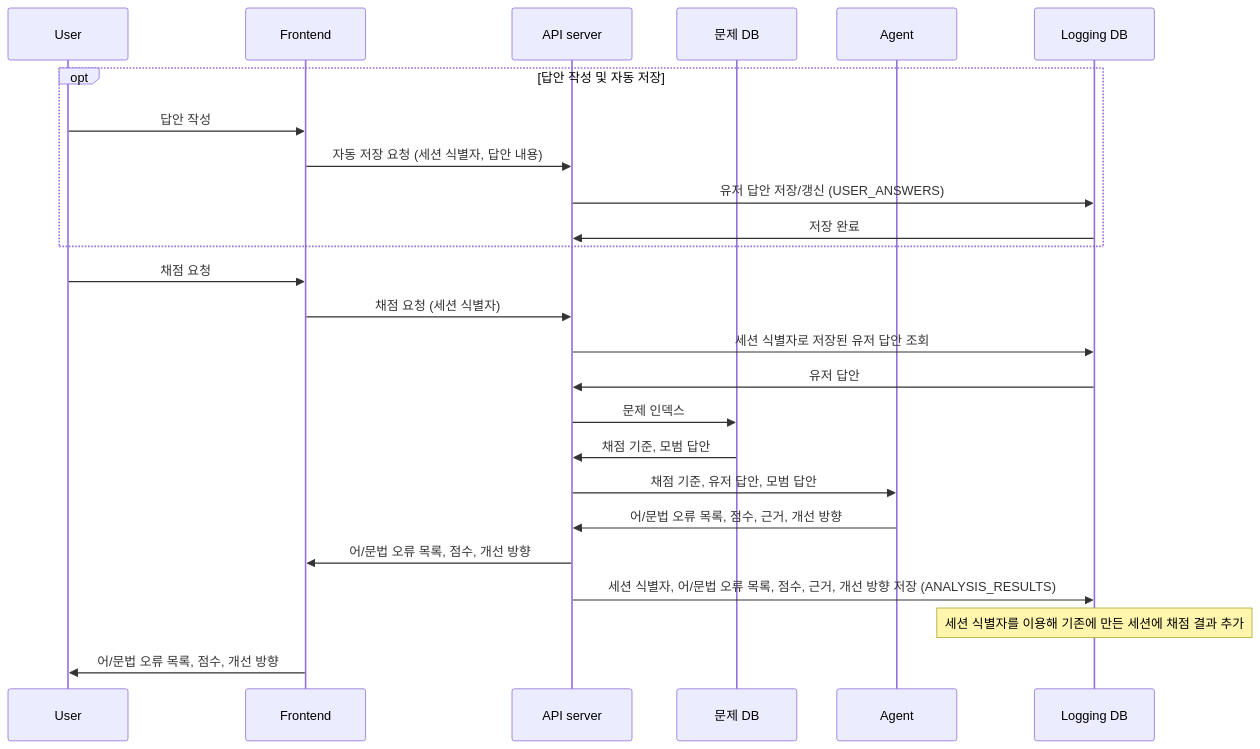
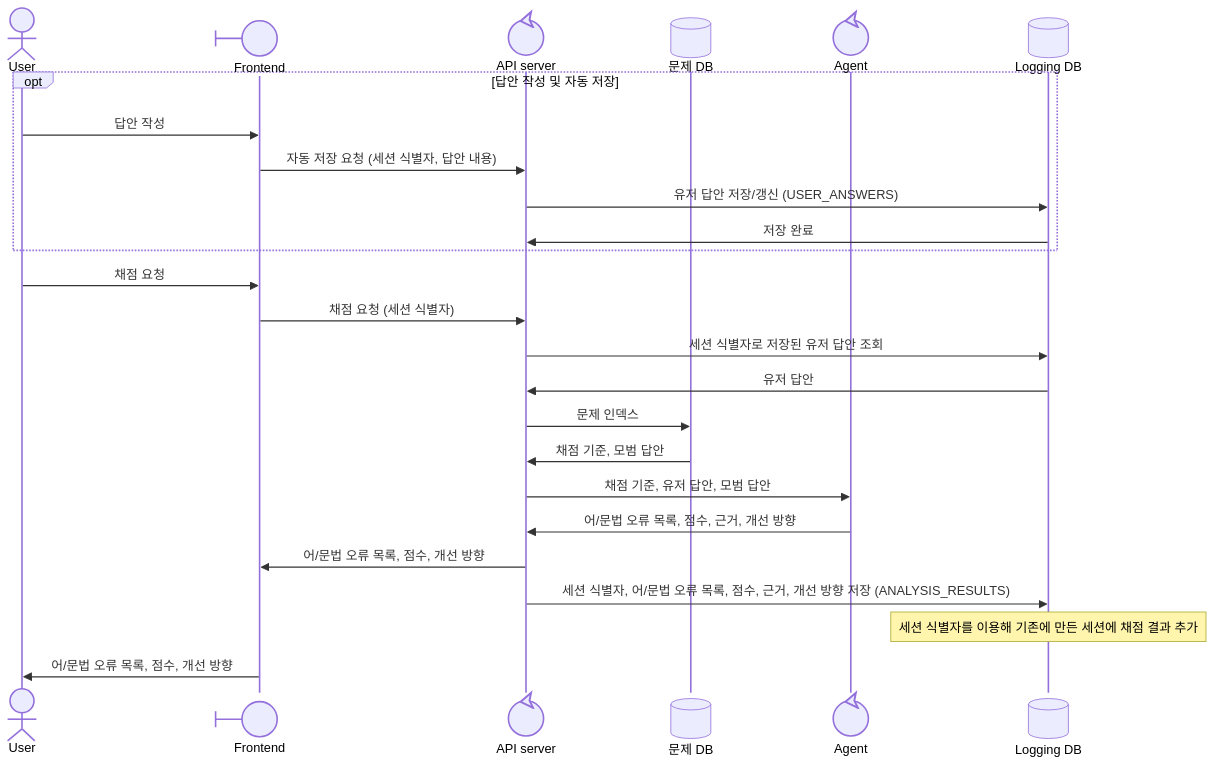
The third of 5 diagrams in 설계문서/시퀀스 다이어그램.md (bookyoulove/paragraphy), drawn with Mermaid before and after one commit. The commit also changed other lines of this file, not shown here.

Commit message:
시퀀스 다이어그램 심볼

````diff
--- a/설계문서/시퀀스 다이어그램.md
+++ b/설계문서/시퀀스 다이어그램.md
@@ -55,27 +55,27 @@
 ```mermaid
 sequenceDiagram
-    participant User
-    participant Frontend
-    participant API as API server
-    participant problem as 문제 DB
-    participant Agent
-    participant log as Logging DB
+    actor User
+    participant Frontend@{ "type" : "boundary" }
+    participant API@{ "type" : "control" , alias: "API server"}
+    participant problem@{ "type" : "database" , alias: "문제 DB"}
+    participant Agent@{ "type" : "control" }
+    participant log@{ "type" : "database" , alias: "Logging DB"}
     opt 답안 작성 및 자동 저장
     User->>Frontend: 답안 작성
     Frontend->>API: 자동 저장 요청 (세션 식별자, 답안 내용)
     API->>log: 유저 답안 저장/갱신 (USER_ANSWERS)
     log->>API: 저장 완료
     end
     User->>Frontend: 채점 요청
     Frontend->>API: 채점 요청 (세션 식별자)
     API->>log: 세션 식별자로 저장된 유저 답안 조회
     log->>API: 유저 답안
     API->>problem: 문제 인덱스
     problem->>API: 채점 기준, 모범 답안
     API->>Agent: 채점 기준, 유저 답안, 모범 답안
     Agent->>API: 어/문법 오류 목록, 점수, 근거, 개선 방향
     API->>Frontend: 어/문법 오류 목록, 점수, 개선 방향
     API->>log: 세션 식별자, 어/문법 오류 목록, 점수, 근거, 개선 방향 저장 (ANALYSIS_RESULTS)
     Note over log: 세션 식별자를 이용해 기존에 만든 세션에 채점 결과 추가
     Frontend->>User: 어/문법 오류 목록, 점수, 개선 방향
 ```
````
